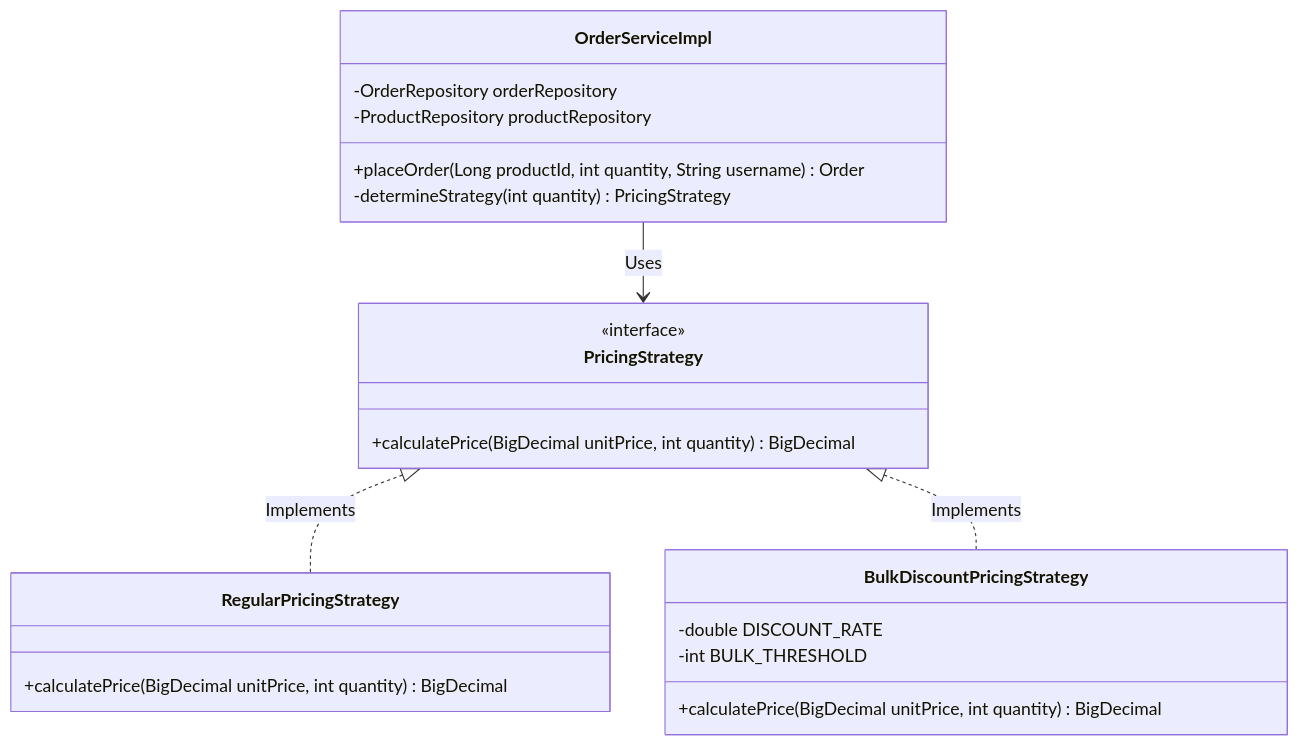
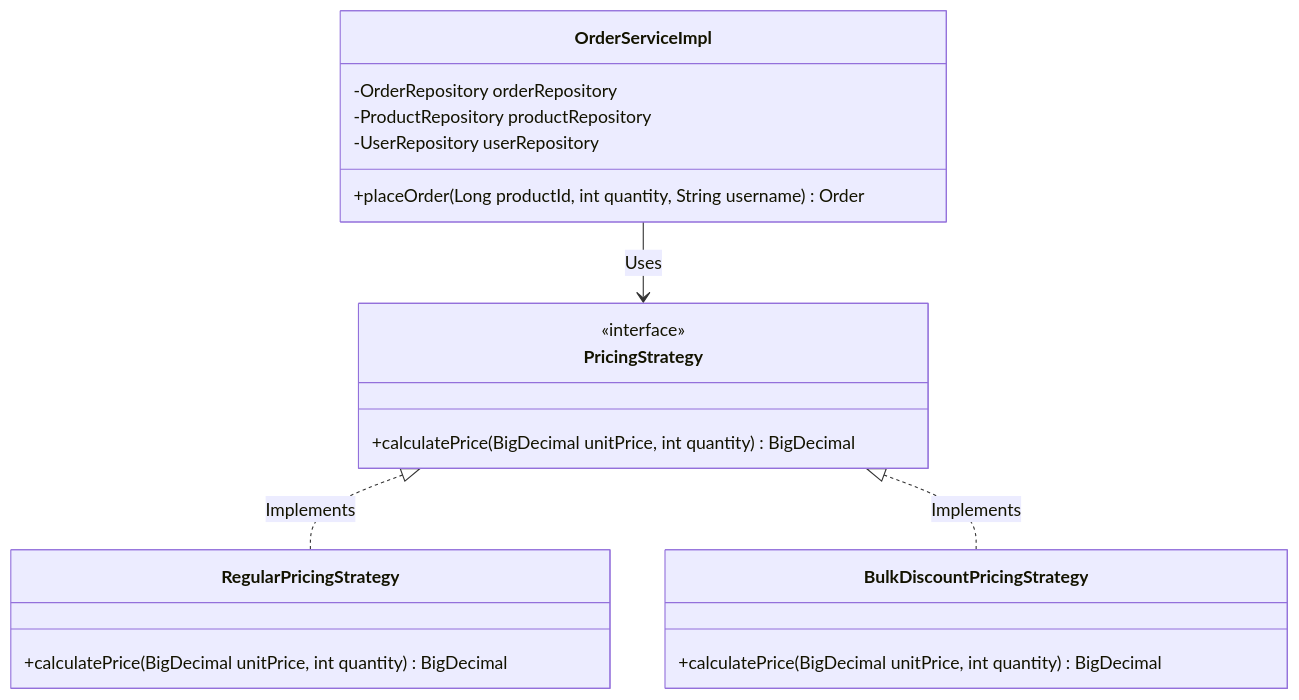
The third of 4 diagrams in README.md (MMI122/MiniMarketPlace), drawn with Mermaid before and after one commit. The commit also changed other lines of this file, not shown here.

````diff
--- a/README.md
+++ b/README.md
@@ -154,28 +154,26 @@
 ```mermaid
 classDiagram
     class PricingStrategy {
         <<interface>>
         +calculatePrice(BigDecimal unitPrice, int quantity) BigDecimal
     }
 
     class RegularPricingStrategy {
         +calculatePrice(BigDecimal unitPrice, int quantity) BigDecimal
     }
 
     class BulkDiscountPricingStrategy {
-        -double DISCOUNT_RATE
-        -int BULK_THRESHOLD
         +calculatePrice(BigDecimal unitPrice, int quantity) BigDecimal
     }
 
     class OrderServiceImpl {
         -OrderRepository orderRepository
         -ProductRepository productRepository
+        -UserRepository userRepository
         +placeOrder(Long productId, int quantity, String username) Order
-        -determineStrategy(int quantity) PricingStrategy
     }
 
     PricingStrategy <|.. RegularPricingStrategy : Implements
     PricingStrategy <|.. BulkDiscountPricingStrategy : Implements
     OrderServiceImpl --> PricingStrategy : Uses
 ```
````
